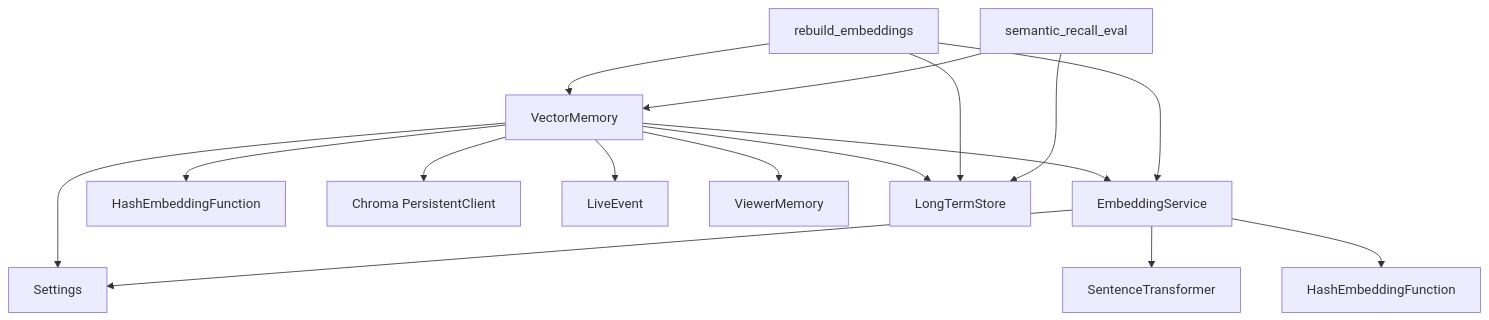
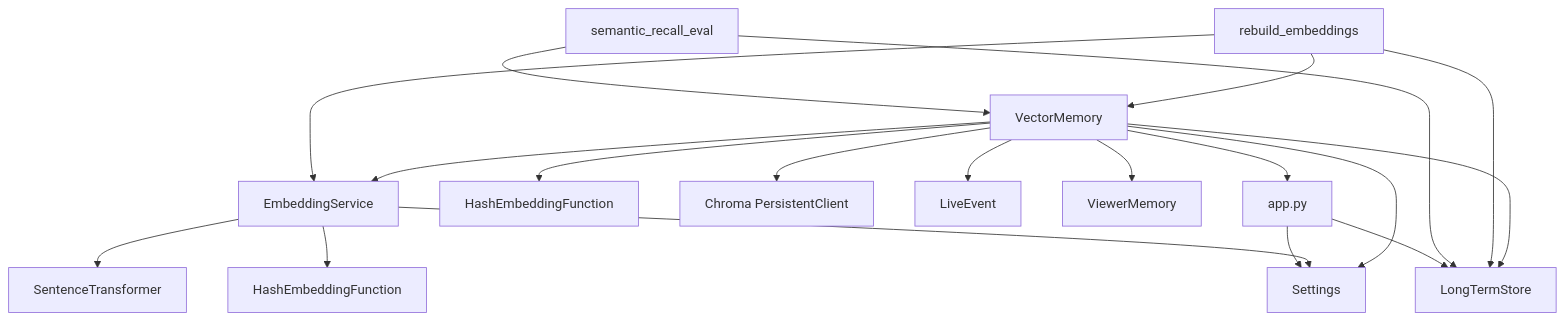
One commit to Moon-Force/DouYin_llm changed the eighth of 8 diagrams in .qoder/repowiki/zh/content/后端服务/内存管理系统/向量存储管理.md. Above: the diagram before and after it, drawn with Mermaid. The commit also changed other lines of this file and 34 other files, not shown here.

````diff
--- a/.qoder/repowiki/zh/content/后端服务/内存管理系统/向量存储管理.md
+++ b/.qoder/repowiki/zh/content/后端服务/内存管理系统/向量存储管理.md
@@ -420,18 +523,21 @@
 ```mermaid
 graph TB
 VM["VectorMemory"] --> CFG["Settings"]
 VM --> ES["EmbeddingService"]
 VM --> HEF["HashEmbeddingFunction"]
 VM --> CH["Chroma PersistentClient"]
 VM --> LE["LiveEvent"]
 VM --> VMem["ViewerMemory"]
 VM --> LTS["LongTermStore"]
+VM --> APP["app.py"]
 ES --> CFG
 ES --> ST["SentenceTransformer"]
 ES --> HF["HashEmbeddingFunction"]
 REB["rebuild_embeddings"] --> LTS
 REB --> ES
 REB --> VM
 SE["semantic_recall_eval"] --> LTS
 SE --> VM
+APP --> CFG
+APP --> LTS
 ```
````
